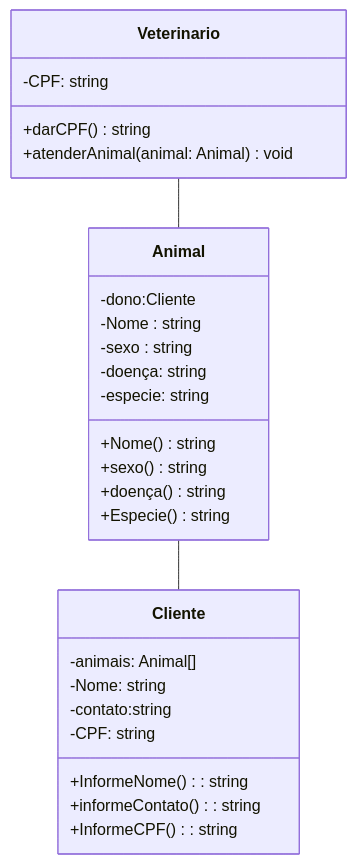
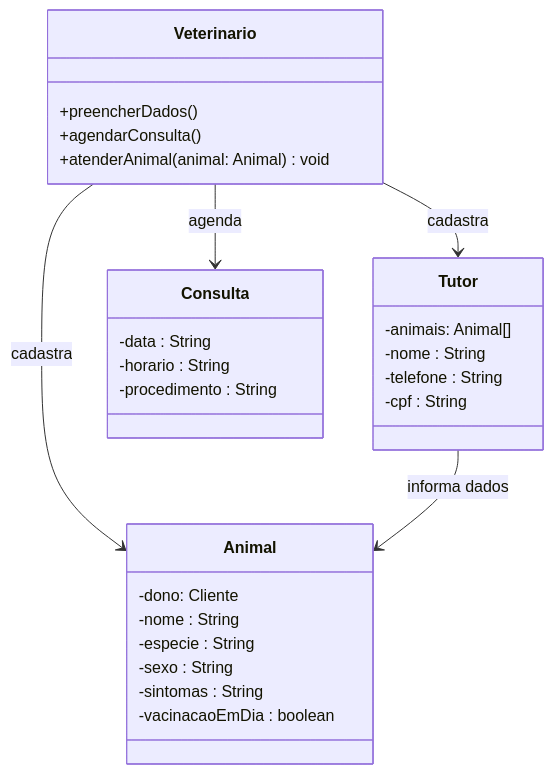
The second of 2 diagrams in README.md (fronquetti/trabalho-engenharia-software-2026), drawn with Mermaid before and after one commit. The commit also changed other lines of this file, not shown here.

Commit message:
Update use case and class diagrams in README

````diff
--- a/README.md
+++ b/README.md
@@ -31,35 +40,35 @@
 ```mermaid
 classDiagram
-    class Veterinario{
-        %% atributos: características que serão
-        %% armazenamento no sitema
-     -CPF: string
-     %% métodos : ações que serão desempenhadas
-     %% por essa entidade no sistema
-     +darCPF() string
-     +atenderAnimal(animal: Animal)void
-    }
-    Veterinario -- Animal
-    Animal -- Cliente
-   
-class Animal{
-    -dono:Cliente
-    -Nome : string
-    -sexo : string
-    -doença: string
-    -especie: string
-    +Nome() string
-    +sexo()string
-    +doença()string
-    +Especie() string
+  class Veterinario {
+   +preencherDados()
+   +agendarConsulta()
+   +atenderAnimal(animal: Animal)void
 }
-class Cliente{
--animais: Animal[]
--Nome: string
--contato:string
--CPF: string
-+InformeNome(): string
-+informeContato(): string
-+InformeCPF(): string
+
+class Tutor {
+    -animais: Animal[]
+   -nome : String
+   -telefone : String
+   -cpf : String
 }
+
+class Animal {
+    -dono: Cliente
+   -nome : String
+   -especie : String
+   -sexo : String
+   -sintomas : String
+   -vacinacaoEmDia : boolean
+}
+
+class Consulta {
+   -data : String
+   -horario : String
+   -procedimento : String
+}
+
+Veterinario --> Tutor : cadastra
+Veterinario --> Animal : cadastra
+Veterinario --> Consulta : agenda
+Tutor --> Animal : informa dados
 ```
````
